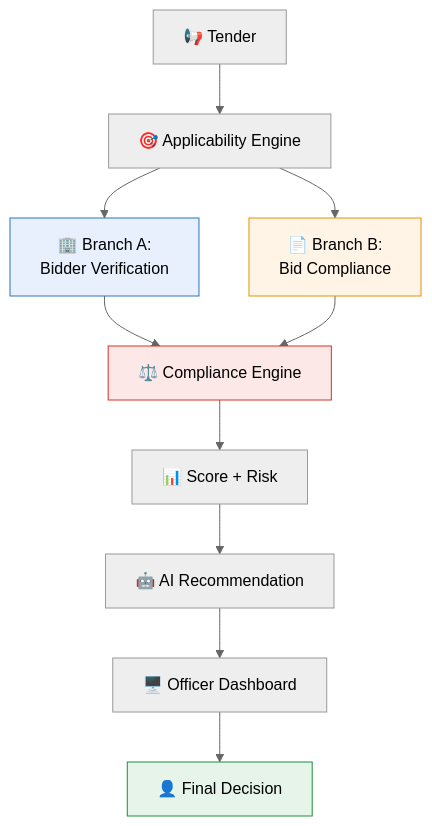
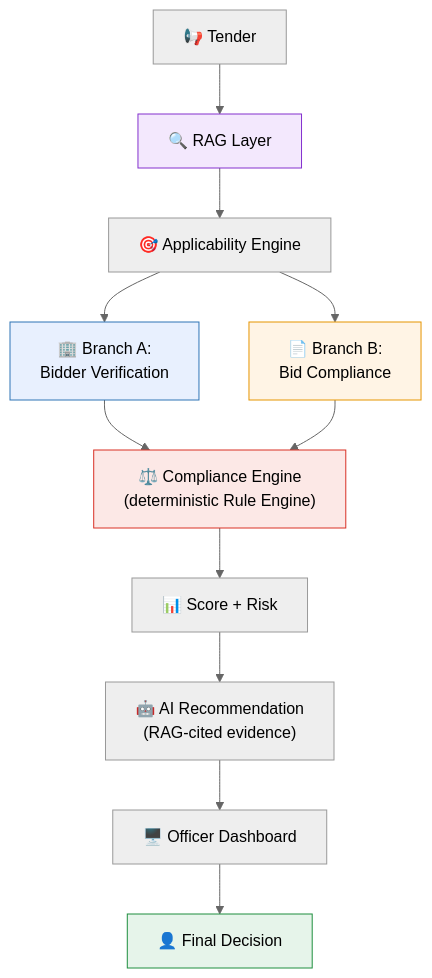
One commit to IshanWankhede/BidVerify-AI changed the diagram in README.md. Above: the diagram before and after it, drawn with Mermaid (neutral theme). The commit also changed other lines of this file and 5 other files, not shown here.

````diff
--- a/README.md
+++ b/README.md
@@ -107,17 +108,19 @@
 ```mermaid
 flowchart TD
-    A[📢 Tender] --> B[🎯 Applicability Engine]
+    A[📢 Tender] --> R[🔍 RAG Layer]
+    R --> B[🎯 Applicability Engine]
     B --> C["🏢 Branch A:<br/>Bidder Verification"]
     B --> D["📄 Branch B:<br/>Bid Compliance"]
-    C --> E[⚖️ Compliance Engine]
+    C --> E["⚖️ Compliance Engine<br/>(deterministic Rule Engine)"]
     D --> E
     E --> F[📊 Score + Risk]
-    F --> G[🤖 AI Recommendation]
+    F --> G["🤖 AI Recommendation<br/>(RAG-cited evidence)"]
     G --> H[🖥️ Officer Dashboard]
     H --> I[👤 Final Decision]
 
+    style R fill:#f3e8fd,stroke:#8430ce
     style C fill:#e8f0fe,stroke:#2e74b5
     style D fill:#fff4e5,stroke:#e69500
     style E fill:#fce8e6,stroke:#d93025
     style I fill:#e6f4ea,stroke:#1e8e3e
 ```
````
